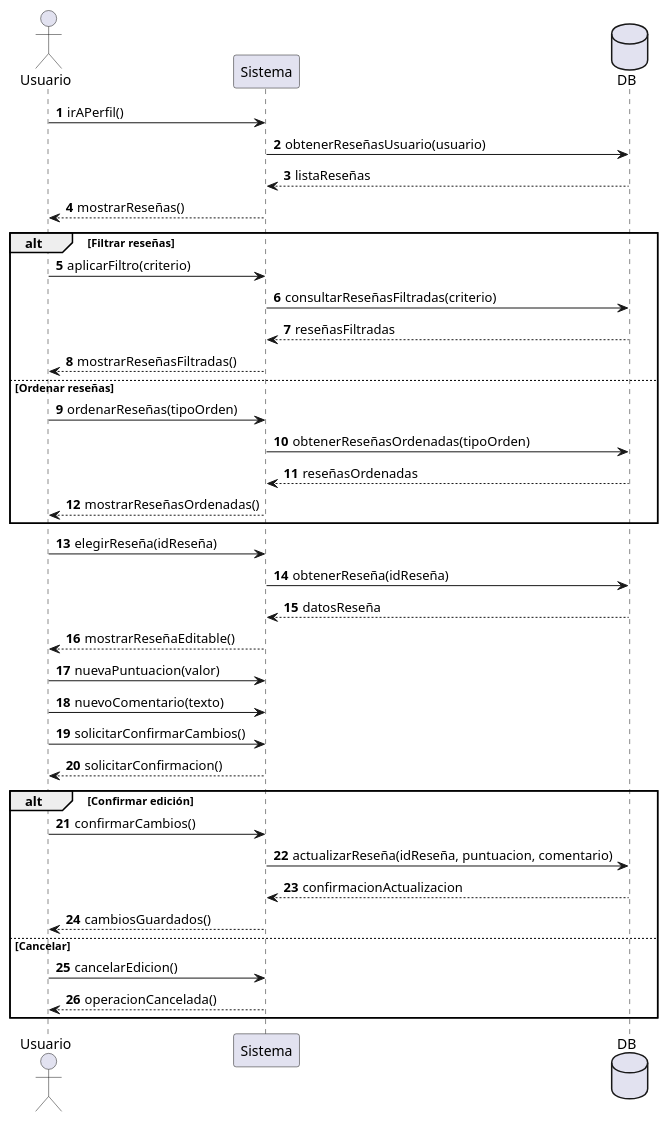
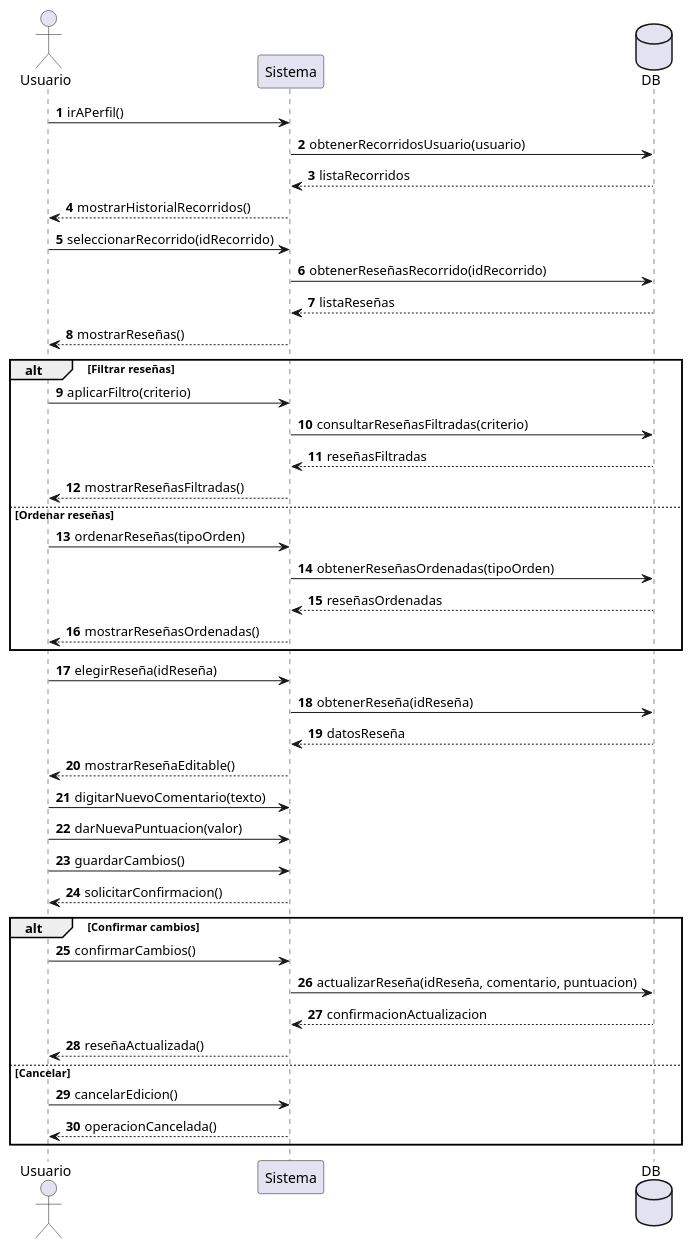
Before and after one commit to LauKnitIn/SISTEMA-GESTOR-DE-RECORRIDOS: the diagram in Diagramas/Secuencia/SECUENCIA_EDITAR_RESEÑA.puml, drawn with PlantUML. The commit also changed 1 other file, not shown here.

Commit message:
added sequence diagram for use case EDITAR_RESEÑA

```diff
--- a/Diagramas/Secuencia/SECUENCIA_EDITAR_RESEÑA.puml
+++ b/Diagramas/Secuencia/SECUENCIA_EDITAR_RESEÑA.puml
@@ -1,51 +1,58 @@
 @startuml
 autonumber
 
 actor Usuario
 participant Sistema
 database DB
 
 Usuario -> Sistema : irAPerfil()
 
-Sistema -> DB : obtenerReseñasUsuario(usuario)
+Sistema -> DB : obtenerRecorridosUsuario(usuario)
+DB --> Sistema : listaRecorridos
+
+Sistema --> Usuario : mostrarHistorialRecorridos()
+
+Usuario -> Sistema : seleccionarRecorrido(idRecorrido)
+
+Sistema -> DB : obtenerReseñasRecorrido(idRecorrido)
 DB --> Sistema : listaReseñas
 
 Sistema --> Usuario : mostrarReseñas()
 
 alt Filtrar reseñas
     Usuario -> Sistema : aplicarFiltro(criterio)
     Sistema -> DB : consultarReseñasFiltradas(criterio)
     DB --> Sistema : reseñasFiltradas
     Sistema --> Usuario : mostrarReseñasFiltradas()
 else Ordenar reseñas
     Usuario -> Sistema : ordenarReseñas(tipoOrden)
     Sistema -> DB : obtenerReseñasOrdenadas(tipoOrden)
     DB --> Sistema : reseñasOrdenadas
     Sistema --> Usuario : mostrarReseñasOrdenadas()
 end
 
 Usuario -> Sistema : elegirReseña(idReseña)
 
 Sistema -> DB : obtenerReseña(idReseña)
 DB --> Sistema : datosReseña
 
 Sistema --> Usuario : mostrarReseñaEditable()
 
-Usuario -> Sistema : nuevaPuntuacion(valor)
-Usuario -> Sistema : nuevoComentario(texto)
+Usuario -> Sistema : digitarNuevoComentario(texto)
+Usuario -> Sistema : darNuevaPuntuacion(valor)
 
-Usuario -> Sistema : solicitarConfirmarCambios()
+Usuario -> Sistema : guardarCambios()
 
 Sistema --> Usuario : solicitarConfirmacion()
 
-alt Confirmar edición
+alt Confirmar cambios
     Usuario -> Sistema : confirmarCambios()
-    Sistema -> DB : actualizarReseña(idReseña, puntuacion, comentario)
+    Sistema -> DB : actualizarReseña(idReseña, comentario, puntuacion)
     DB --> Sistema : confirmacionActualizacion
-    Sistema --> Usuario : cambiosGuardados()
+    Sistema --> Usuario : reseñaActualizada()
 else Cancelar
     Usuario -> Sistema : cancelarEdicion()
     Sistema --> Usuario : operacionCancelada()
 end
 
 @enduml
```
